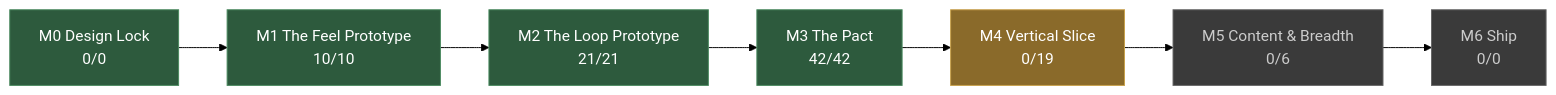
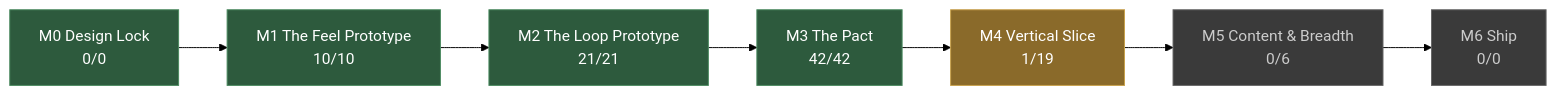
The diagram in docs/STATUS.md (JoshuaGessner/she), drawn with Mermaid (forest theme) before and after one commit. The commit also changed other lines of this file and 4 other files, not shown here.

````diff
--- a/docs/STATUS.md
+++ b/docs/STATUS.md
@@ -13,19 +13,19 @@
 ```mermaid
 flowchart LR
   M0["M0 Design Lock<br/>0/0"]:::passed
   M1["M1 The Feel Prototype<br/>10/10"]:::passed
   M0 --> M1
   M2["M2 The Loop Prototype<br/>21/21"]:::passed
   M1 --> M2
   M3["M3 The Pact<br/>42/42"]:::passed
   M2 --> M3
-  M4["M4 Vertical Slice<br/>0/19"]:::current
+  M4["M4 Vertical Slice<br/>1/19"]:::current
   M3 --> M4
   M5["M5 Content & Breadth<br/>0/6"]:::ahead
   M4 --> M5
   M6["M6 Ship<br/>0/0"]:::ahead
   M5 --> M6
   classDef passed fill:#2d5a3d,stroke:#4a8a5f,color:#fff
   classDef current fill:#8a6a2a,stroke:#c8a04a,color:#fff
   classDef ahead fill:#3a3a3a,stroke:#666,color:#ccc
 ```
````
